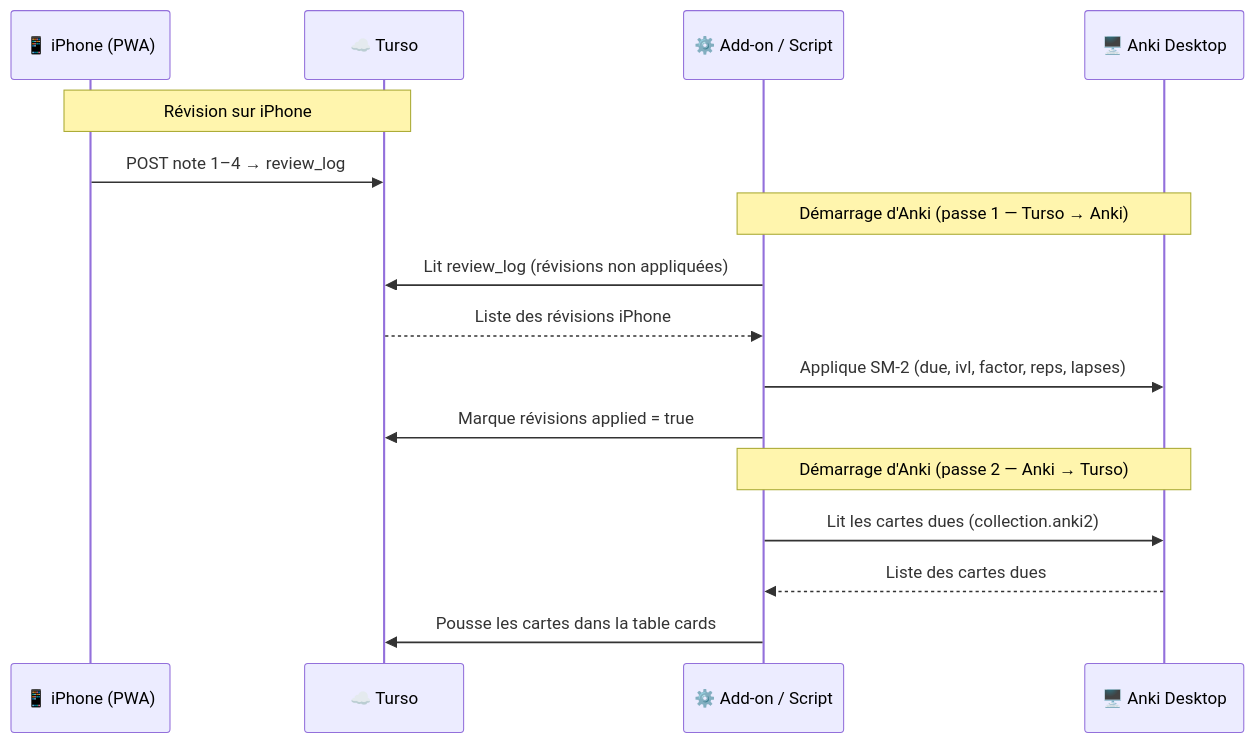
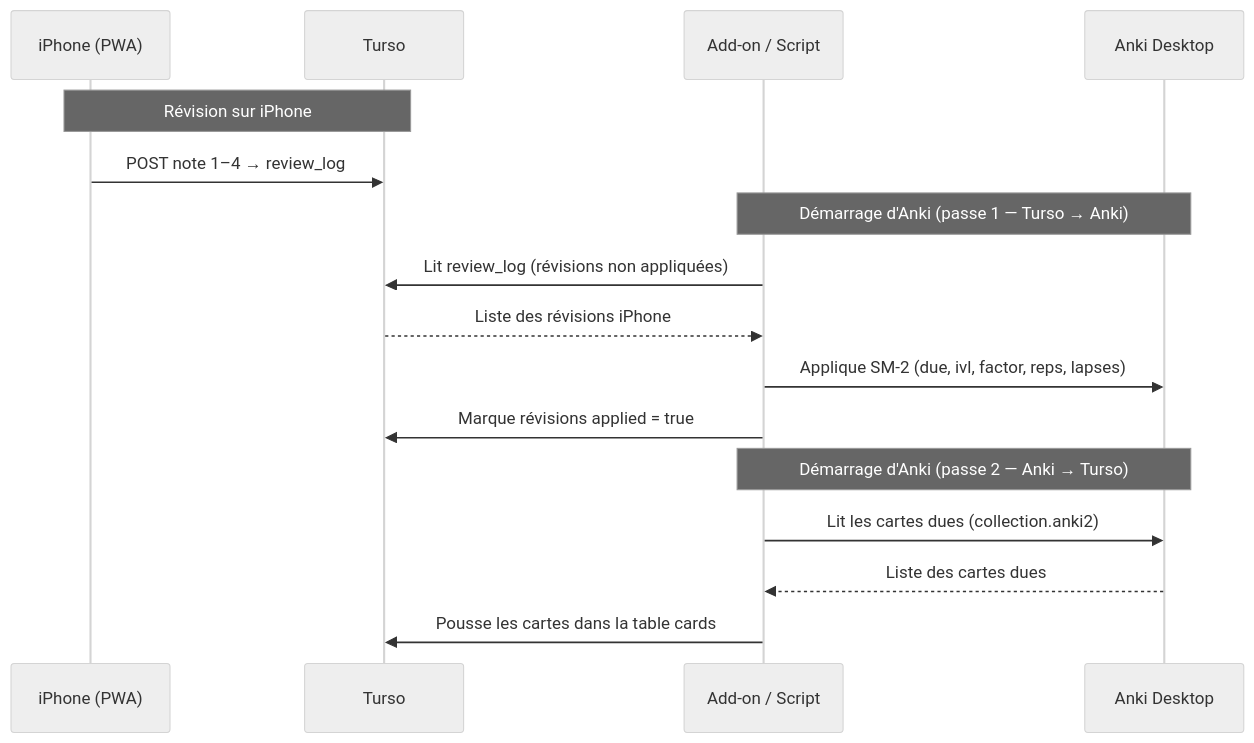
Before and after one commit to Ribraba/AnkiReverse: the third of 3 diagrams in README.md, drawn with Mermaid. The commit also changed other lines of this file, not shown here.

First line of the commit message:
docs: diagrammes Mermaid sobres — thème neutral, sans emojis

````diff
--- a/README.md
+++ b/README.md
@@ -241,21 +249,22 @@
 ```mermaid
+%%{init: {'theme': 'neutral'}}%%
 sequenceDiagram
-    participant iPhone as 📱 iPhone (PWA)
-    participant Turso as ☁️ Turso
-    participant Script as ⚙️ Add-on / Script
-    participant Anki as 🖥️ Anki Desktop
+    participant iPhone as iPhone (PWA)
+    participant Turso as Turso
+    participant Script as Add-on / Script
+    participant Anki as Anki Desktop
 
     Note over iPhone,Turso: Révision sur iPhone
     iPhone->>Turso: POST note 1–4 → review_log
 
     Note over Script,Anki: Démarrage d'Anki (passe 1 — Turso → Anki)
     Script->>Turso: Lit review_log (révisions non appliquées)
     Turso-->>Script: Liste des révisions iPhone
     Script->>Anki: Applique SM-2 (due, ivl, factor, reps, lapses)
     Script->>Turso: Marque révisions applied = true
 
     Note over Script,Anki: Démarrage d'Anki (passe 2 — Anki → Turso)
     Script->>Anki: Lit les cartes dues (collection.anki2)
     Anki-->>Script: Liste des cartes dues
     Script->>Turso: Pousse les cartes dans la table cards
 ```
````
